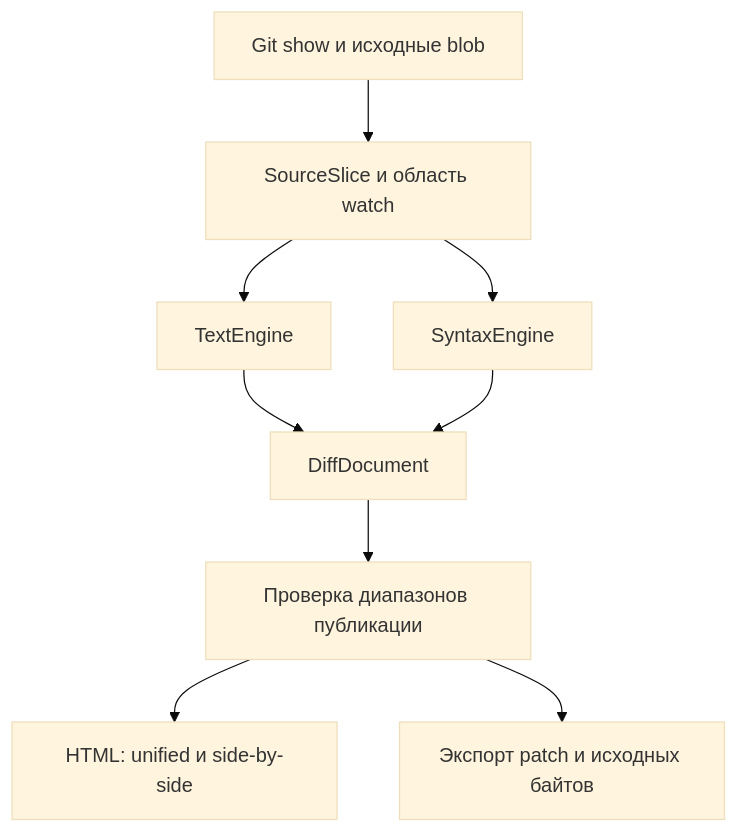
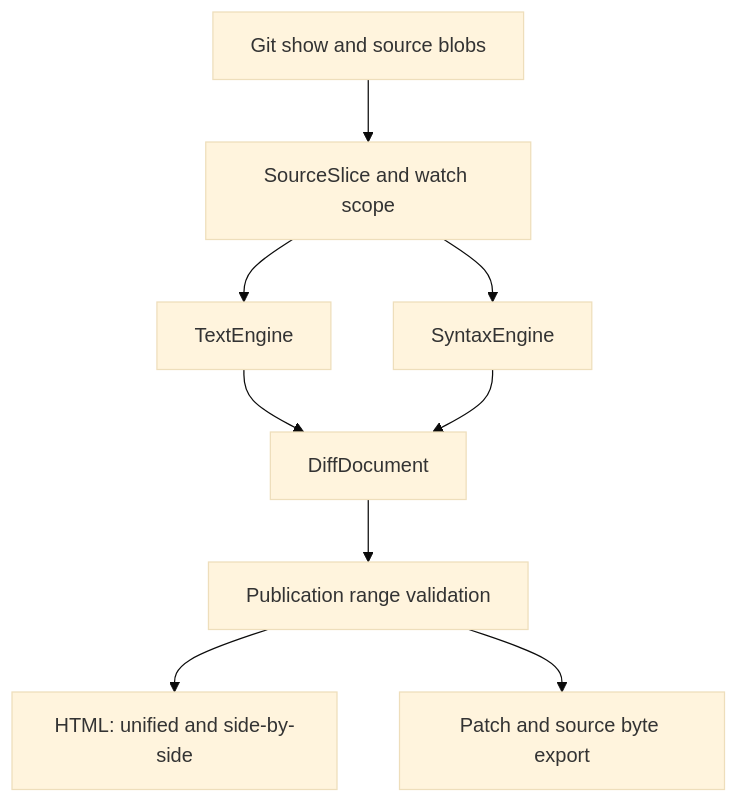
The second of 2 diagrams in ARCHITECTURE.md (Mephistophiles/git-monitor), drawn with Mermaid (base theme) before and after one commit. The commit also changed other lines of this file, not shown here.

Commit message:
Translate the architecture specification into English

````diff
--- a/ARCHITECTURE.md
+++ b/ARCHITECTURE.md
@@ -327,11 +327,11 @@
 ```mermaid
 flowchart TD
-    G["Git show и исходные blob"] --> S["SourceSlice и область watch"]
+    G["Git show and source blobs"] --> S["SourceSlice and watch scope"]
     S --> T["TextEngine"]
     S --> Y["SyntaxEngine"]
     T --> D["DiffDocument"]
     Y --> D
-    D --> P["Проверка диапазонов публикации"]
-    P --> H["HTML: unified и side-by-side"]
-    P --> X["Экспорт patch и исходных байтов"]
+    D --> P["Publication range validation"]
+    P --> H["HTML: unified and side-by-side"]
+    P --> X["Patch and source byte export"]
 ```
````
